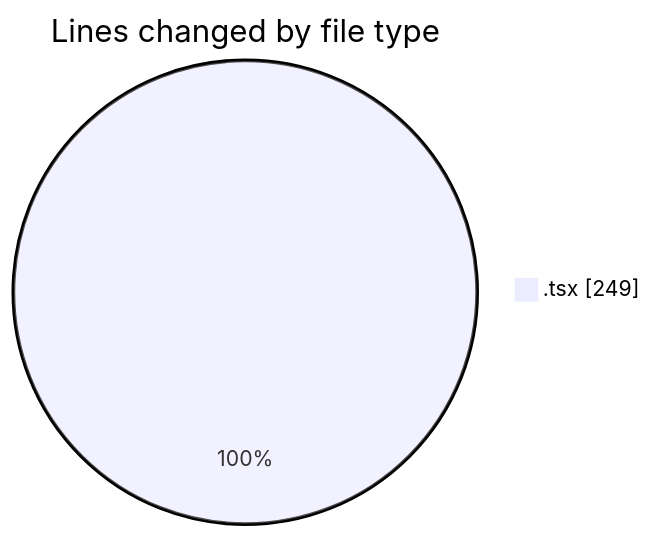
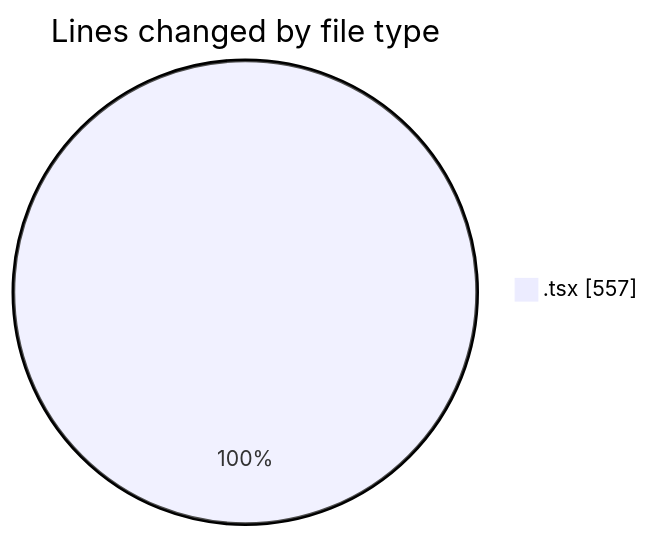
Before and after one commit to nxtqubesakshisongat/code-tracking: the first of 2 diagrams in 2026-07-13/nxtqube_webapp/README.md, drawn with Mermaid. The commit also changed other lines of this file and 1 other file, not shown here.

````diff
--- a/2026-07-13/nxtqube_webapp/README.md
+++ b/2026-07-13/nxtqube_webapp/README.md
@@ -21,5 +23,5 @@
 ```mermaid
 pie showData
 title Lines changed by file type
-".tsx" : 249
+".tsx" : 557
 ```
````
